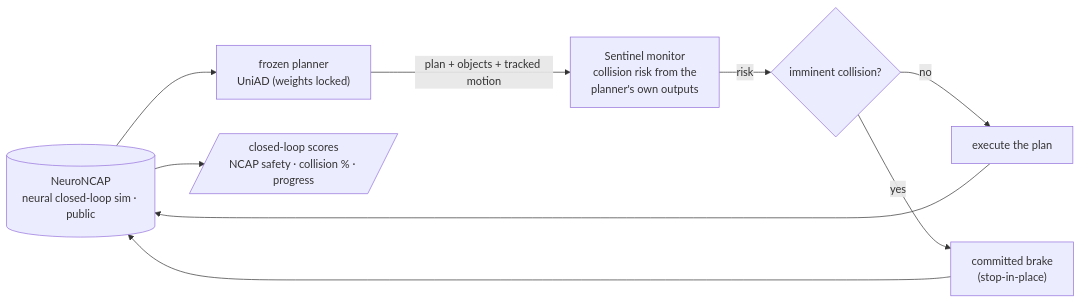
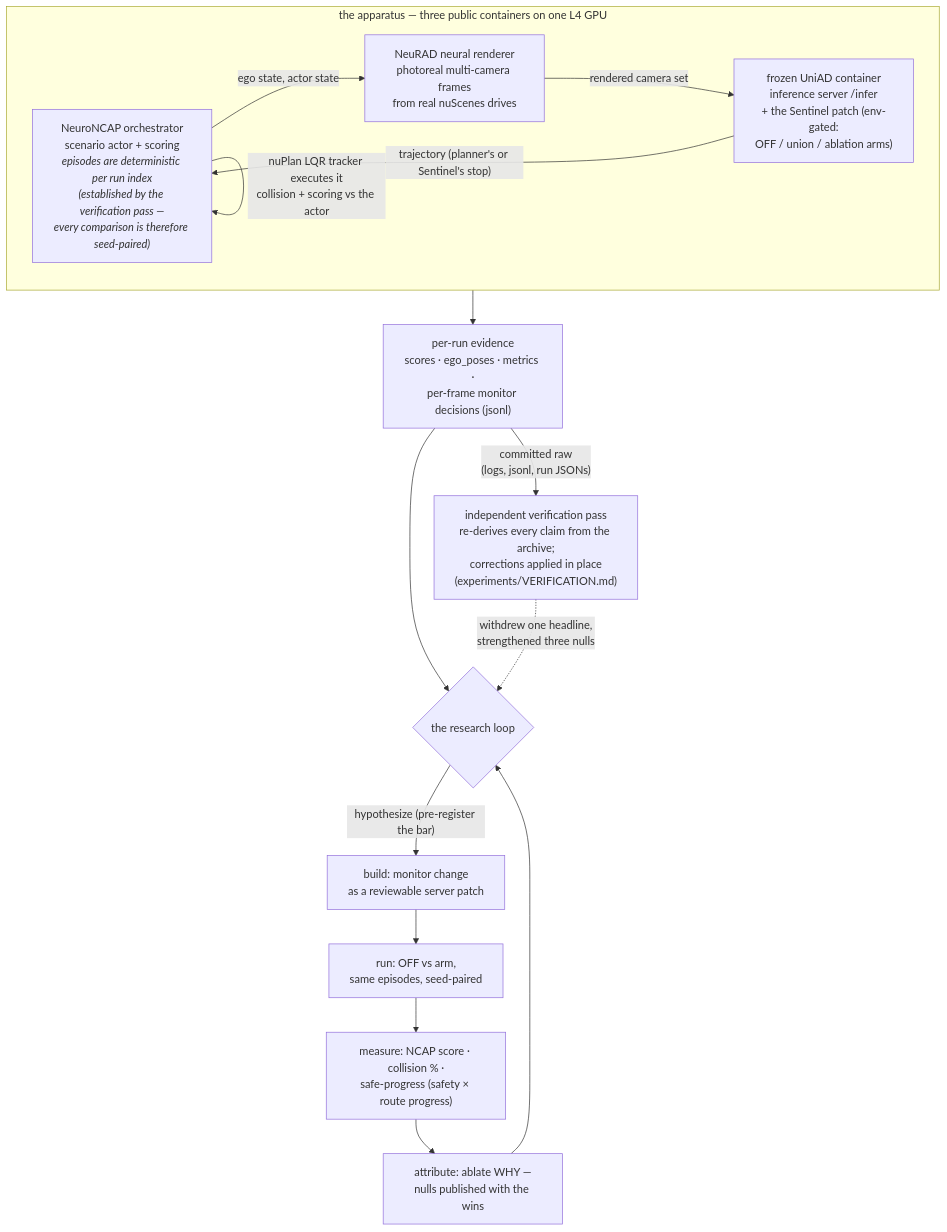
The second of 2 diagrams in README.md (manfromnowhere143/sentinel), drawn with Mermaid before and after one commit. The commit also changed other lines of this file and 31 other files, not shown here.

````diff
--- a/README.md
+++ b/README.md
@@ -128,11 +145,22 @@
 ```mermaid
-flowchart LR
-  S[("NeuroNCAP<br/>neural closed-loop sim · public")] --> P["frozen planner<br/>UniAD (weights locked)"]
-  P -- "plan + objects + tracked motion" --> MON["Sentinel monitor<br/>collision risk from the<br/>planner's own outputs"]
-  MON -- "risk" --> G{"imminent collision?"}
-  G -- no --> ACT["execute the plan"]
-  G -- yes --> INT["committed brake<br/>(stop-in-place)"]
-  ACT --> S
-  INT --> S
-  S --> SC[/"closed-loop scores<br/>NCAP safety · collision % · progress"/]
+flowchart TB
+  subgraph STACK["the apparatus — three public containers on one L4 GPU"]
+    direction LR
+    ORCH["NeuroNCAP orchestrator<br/>scenario actor + scoring<br/><i>episodes are deterministic per run index<br/>(established by the verification pass —<br/>every comparison is therefore seed-paired)</i>"]
+    REND["NeuRAD neural renderer<br/>photoreal multi-camera frames<br/>from real nuScenes drives"]
+    MODEL["frozen UniAD container<br/>inference server /infer<br/>+ the Sentinel patch (env-gated:<br/>OFF / union / ablation arms)"]
+    ORCH -- "ego state, actor state" --> REND
+    REND -- "rendered camera set" --> MODEL
+    MODEL -- "trajectory (planner's or Sentinel's stop)" --> ORCH
+    ORCH -- "nuPlan LQR tracker executes it<br/>collision + scoring vs the actor" --> ORCH
+  end
+  STACK --> EVID["per-run evidence<br/>scores · ego_poses · metrics ·<br/>per-frame monitor decisions (jsonl)"]
+  EVID --> LOOP{"the research loop"}
+  LOOP -- "hypothesize (pre-register the bar)" --> BUILD["build: monitor change<br/>as a reviewable server patch"]
+  BUILD --> RUN["run: OFF vs arm,<br/>same episodes, seed-paired"]
+  RUN --> MEASURE["measure: NCAP score · collision % ·<br/>safe-progress (safety × route progress)"]
+  MEASURE --> ATTR["attribute: ablate WHY —<br/>nulls published with the wins"]
+  ATTR --> LOOP
+  EVID -- "committed raw<br/>(logs, jsonl, run JSONs)" --> AUDIT["independent verification pass<br/>re-derives every claim from the archive;<br/>corrections applied in place<br/>(experiments/VERIFICATION.md)"]
+  AUDIT -. "withdrew one headline,<br/>strengthened three nulls" .-> LOOP
 ```
````
